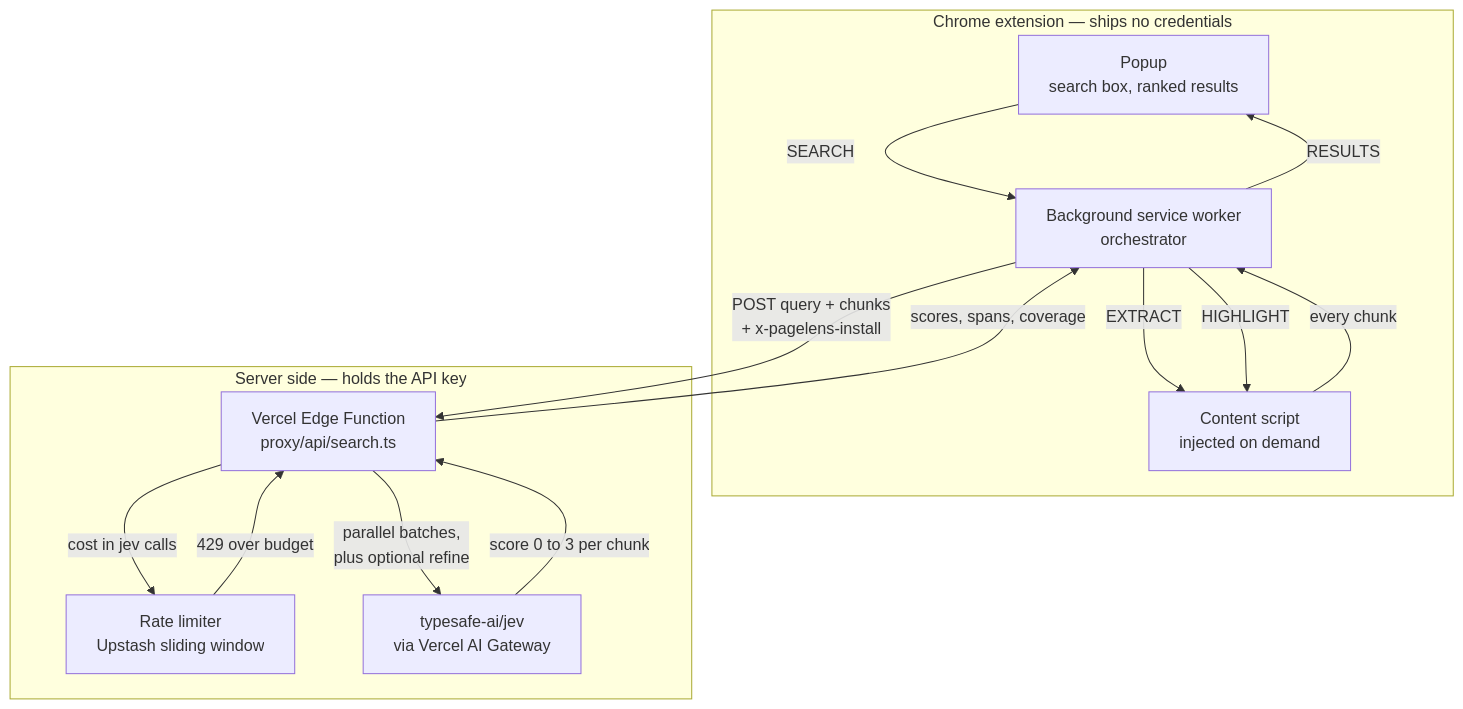
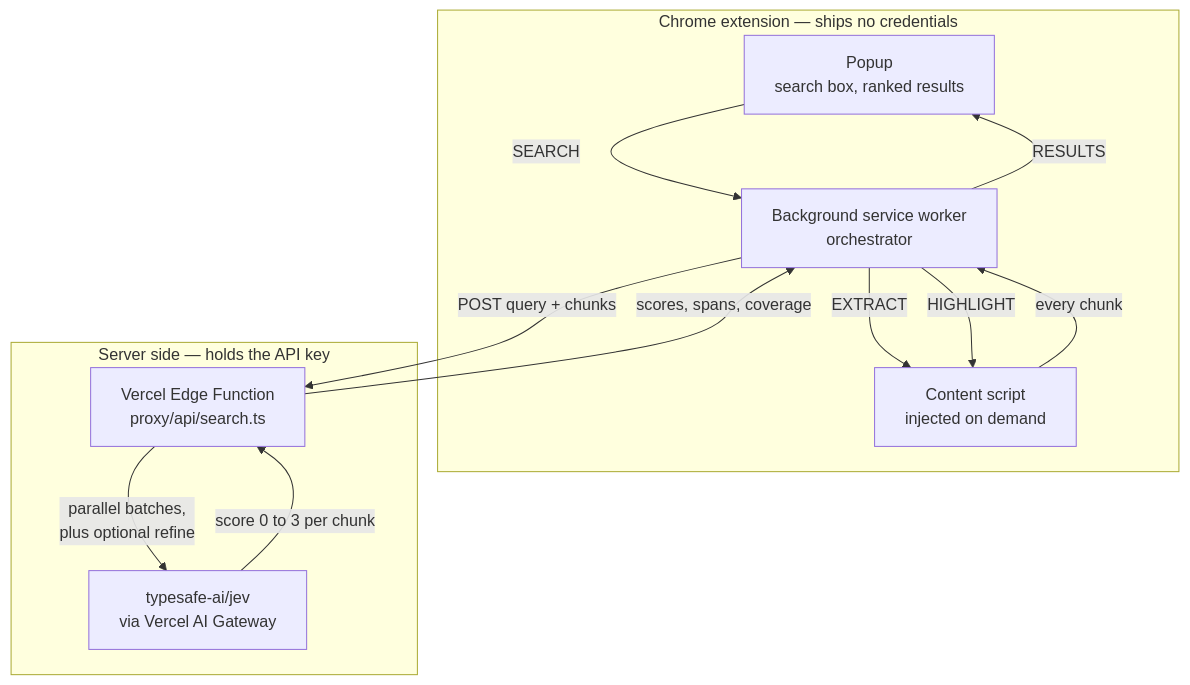
Before and after one commit to smit153/PageLens: the first of 6 diagrams in docs/ARCHITECTURE.md, drawn with Mermaid. The commit also changed other lines of this file and 4 other files, not shown here.

````diff
--- a/docs/ARCHITECTURE.md
+++ b/docs/ARCHITECTURE.md
@@ -17,24 +16,21 @@
 ```mermaid
 flowchart TD
     subgraph EXT["Chrome extension — ships no credentials"]
         P["Popup<br/>search box, ranked results"]
         B["Background service worker<br/>orchestrator"]
         C["Content script<br/>injected on demand"]
     end
     subgraph SRV["Server side — holds the API key"]
         X["Vercel Edge Function<br/>proxy/api/search.ts"]
-        L["Rate limiter<br/>Upstash sliding window"]
         J["typesafe-ai/jev<br/>via Vercel AI Gateway"]
     end
     P -->|"SEARCH"| B
     B -->|"EXTRACT"| C
     C -->|"every chunk"| B
-    B -->|"POST query + chunks<br/>+ x-pagelens-install"| X
-    X -->|"cost in jev calls"| L
-    L -->|"429 over budget"| X
+    B -->|"POST query + chunks"| X
     X -->|"parallel batches,<br/>plus optional refine"| J
     J -->|"score 0 to 3 per chunk"| X
     X -->|"scores, spans, coverage"| B
     B -->|"RESULTS"| P
     B -->|"HIGHLIGHT"| C
 ```
````
